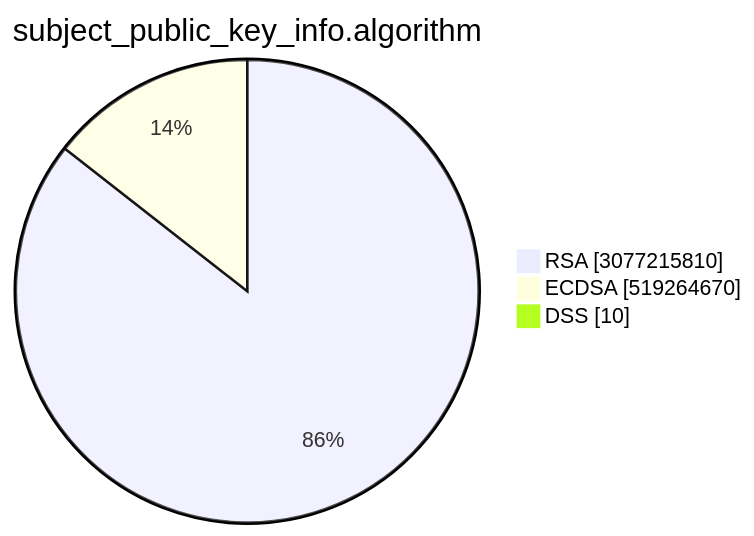
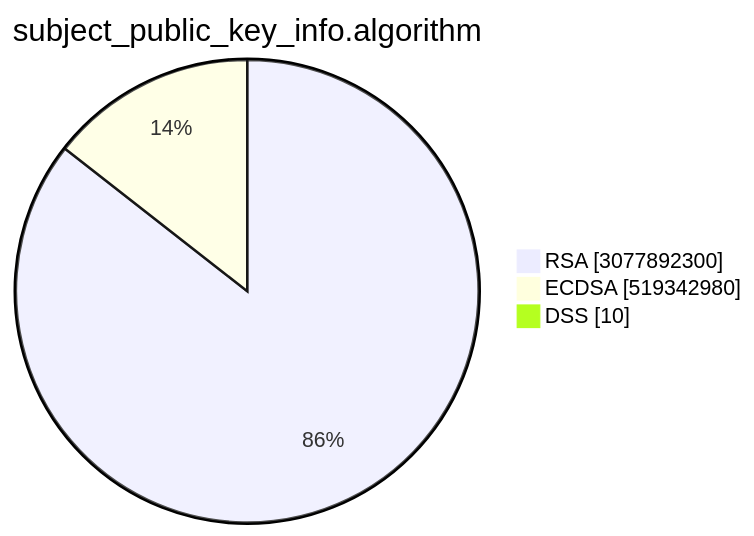
One commit to christiankrug/ctmonitor_visualization changed the second of 15 diagrams in TOTAL/README.md. Above: the diagram before and after it, drawn with Mermaid. The commit also changed other lines of this file, not shown here.

````diff
--- a/TOTAL/README.md
+++ b/TOTAL/README.md
@@ -6,7 +6,7 @@
 ```mermaid
 pie showData
 title subject_public_key_info.algorithm
-"RSA" :3077215810
-"ECDSA" :519264670
+"RSA" :3077892300
+"ECDSA" :519342980
 "DSS" :10
 ```
````
